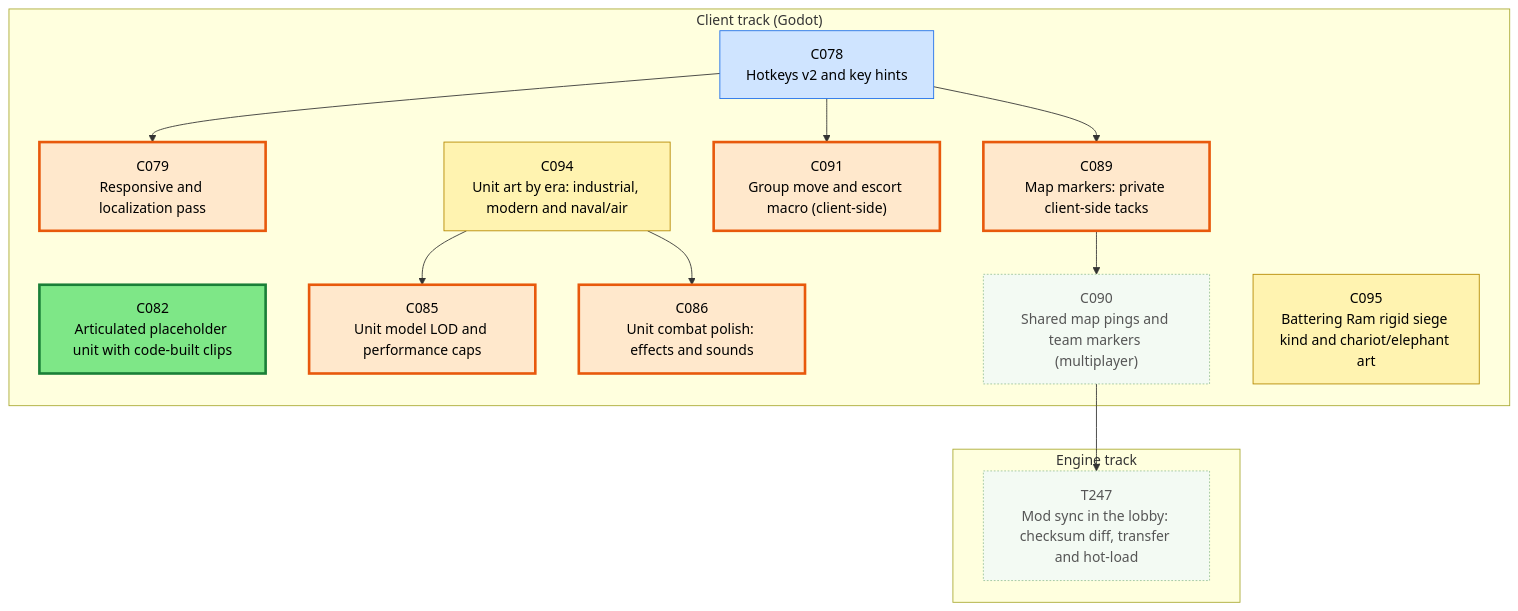
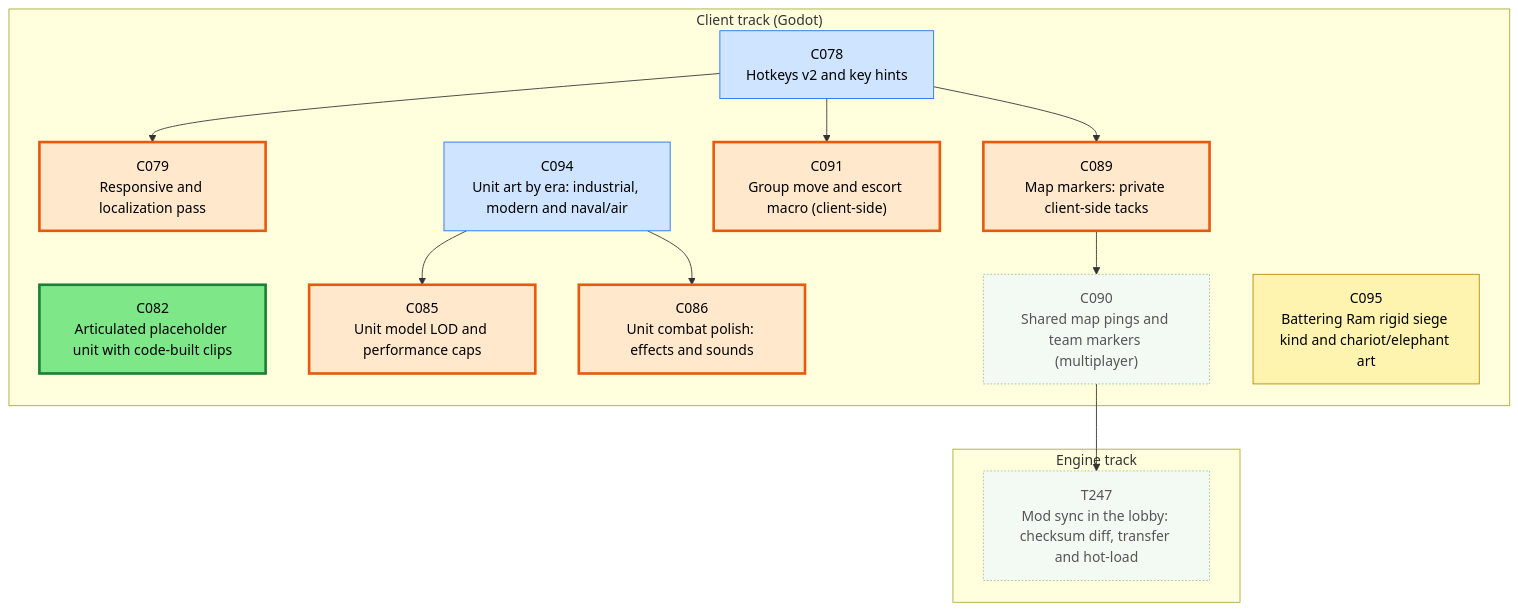
Before and after one commit to Kenmura/Unciv: the first of 3 diagrams in csharp/migration/DEPENDENCY_MAP.md, drawn with Mermaid. The commit also changed other lines of this file and 1 other file, not shown here.

Commit message:
migration: implement C094 [Claude-C094]

````diff
--- a/csharp/migration/DEPENDENCY_MAP.md
+++ b/csharp/migration/DEPENDENCY_MAP.md
@@ -25,43 +25,43 @@
 ```mermaid
 flowchart TD
   subgraph TTRACK["Engine track"]
     T247["T247<br/>Mod sync in the lobby: checksum diff, transfer and hot-load"]
   end
   subgraph CTRACK["Client track (Godot)"]
     C078["C078<br/>Hotkeys v2 and key hints"]
     C079["C079<br/>Responsive and localization pass"]
     C082["C082<br/>Articulated placeholder unit with code-built clips"]
     C085["C085<br/>Unit model LOD and performance caps"]
     C086["C086<br/>Unit combat polish: effects and sounds"]
     C089["C089<br/>Map markers: private client-side tacks"]
     C090["C090<br/>Shared map pings and team markers (multiplayer)"]
     C091["C091<br/>Group move and escort macro (client-side)"]
     C094["C094<br/>Unit art by era: industrial, modern and naval/air"]
     C095["C095<br/>Battering Ram rigid siege kind and chariot/elephant art"]
   end
   C090 --> T247
   C078 --> C079
   C094 --> C085
   C094 --> C086
   C078 --> C089
   C089 --> C090
   C078 --> C091
   classDef waiting fill:#f3faf3,stroke:#9bc49b,color:#555,stroke-dasharray:2 2
   classDef ondeck fill:#ffe8cc,stroke:#e8590c,stroke-width:3px,color:#000
   classDef ready fill:#7ee787,stroke:#1a7f37,stroke-width:3px,color:#000
   classDef prog fill:#fff3b0,stroke:#b58900,color:#000
   classDef review fill:#cfe4ff,stroke:#1f6feb,color:#000
   classDef blocked fill:#ffd6d6,stroke:#c62828,color:#000
   classDef done fill:#eeeeee,stroke:#999999,color:#666,stroke-dasharray:4 3
   class C078 review
   class C079 ondeck
   class C082 ready
   class C085 ondeck
   class C086 ondeck
   class C089 ondeck
   class C090 waiting
   class C091 ondeck
-  class C094 prog
+  class C094 review
   class C095 prog
   class T247 waiting
 ```
````
